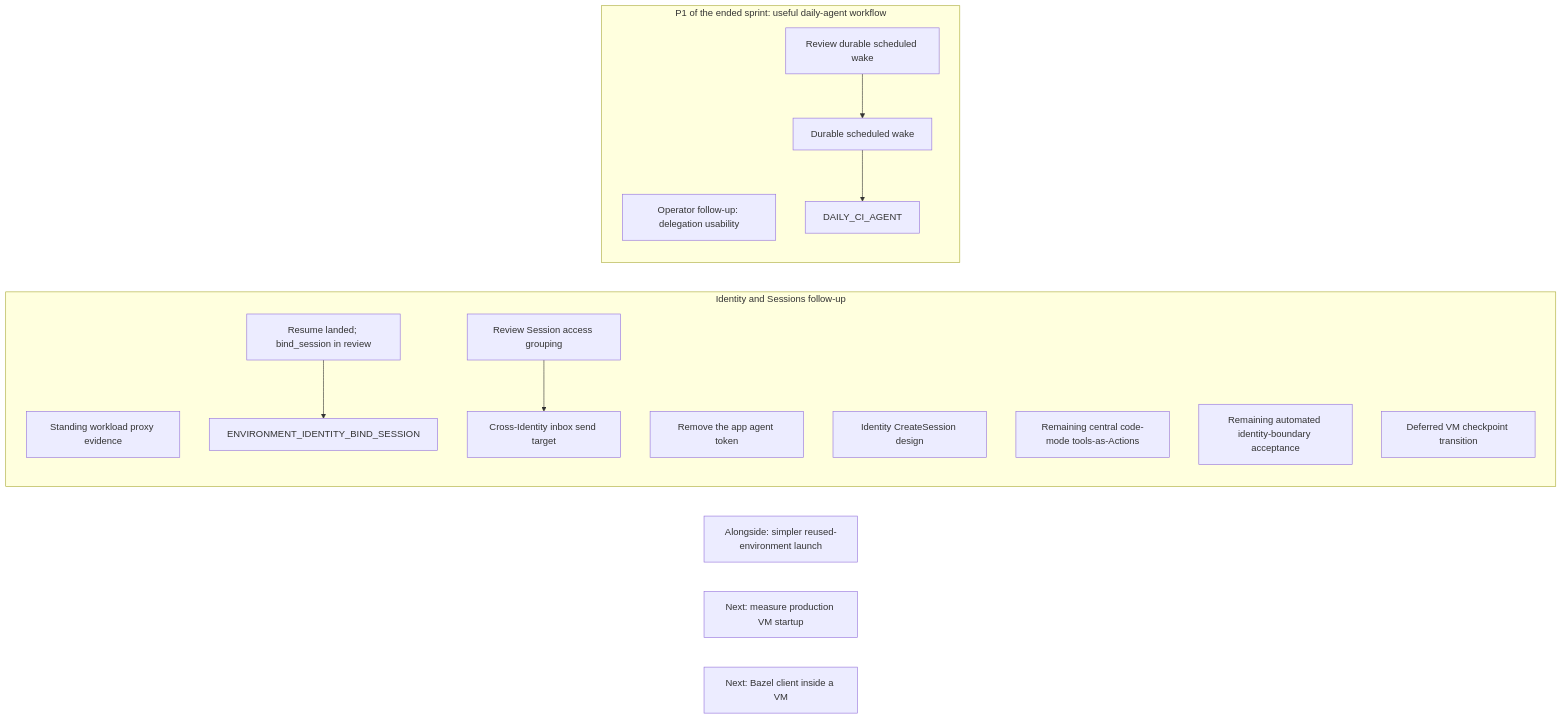
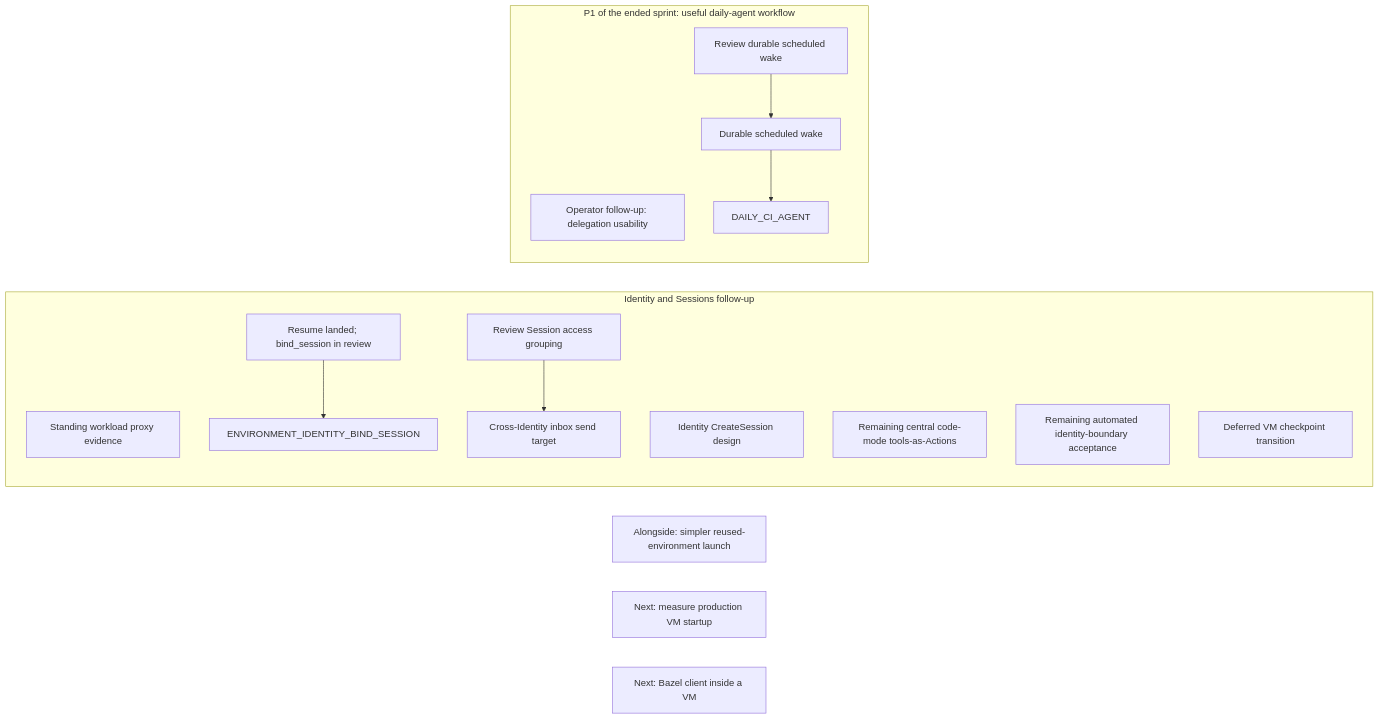
The third of 21 diagrams in agentplane/plans/task_dag.md (agentydragon/ducktape), drawn with Mermaid before and after one commit. The commit also changed other lines of this file and 6 other files, not shown here.

Commit message:
Retire the App agent ServiceAccount and TokenReview RBAC

````diff
--- a/agentplane/plans/task_dag.md
+++ b/agentplane/plans/task_dag.md
@@ -293,21 +291,20 @@
 ```mermaid
 flowchart LR
     subgraph IDENTITY_TRACK[Identity and Sessions follow-up]
         STANDING_WORKLOAD_IDENTITY[Standing workload proxy evidence]
         ENVIRONMENT_LIFECYCLE_RULES[Resume landed; bind_session in review] --> ENVIRONMENT_IDENTITY_BIND_SESSION
         SESSION_ACCESS_GROUPING_DESIGN[Review Session access grouping] --> SESSION_IDENTITY_AUTHZ[Cross-Identity inbox send target]
-        APP_AGENT_TOKEN_DECISION[Remove the app agent token]
         SESSION_SUBAGENT_DELEGATION[Identity CreateSession design]
         CENTRAL_SESSION_DELEGATED_ACTING[Remaining central code-mode tools-as-Actions]
         IDENTITY_SYSTEM_TESTS[Remaining automated identity-boundary acceptance]
         SANDBOX_IDENTITY_CHANGE_CHECKPOINT[Deferred VM checkpoint transition]
     end
     subgraph PRIORITY_ONE[P1 of the ended sprint: useful daily-agent workflow]
         THREAD_CREATE_AUTHORIZATION[Operator follow-up: delegation usability]
         SCHEDULED_AGENT_WAKE_DESIGN[Review durable scheduled wake] --> SCHEDULED_AGENT_WAKE
         SCHEDULED_AGENT_WAKE[Durable scheduled wake] --> DAILY_CI_AGENT
     end
     SESSION_LAUNCH_FRICTION[Alongside: simpler reused-environment launch]
     VM_STARTUP_LATENCY[Next: measure production VM startup]
     LOCAL_BAZEL[Next: Bazel client inside a VM]
 ```
````
